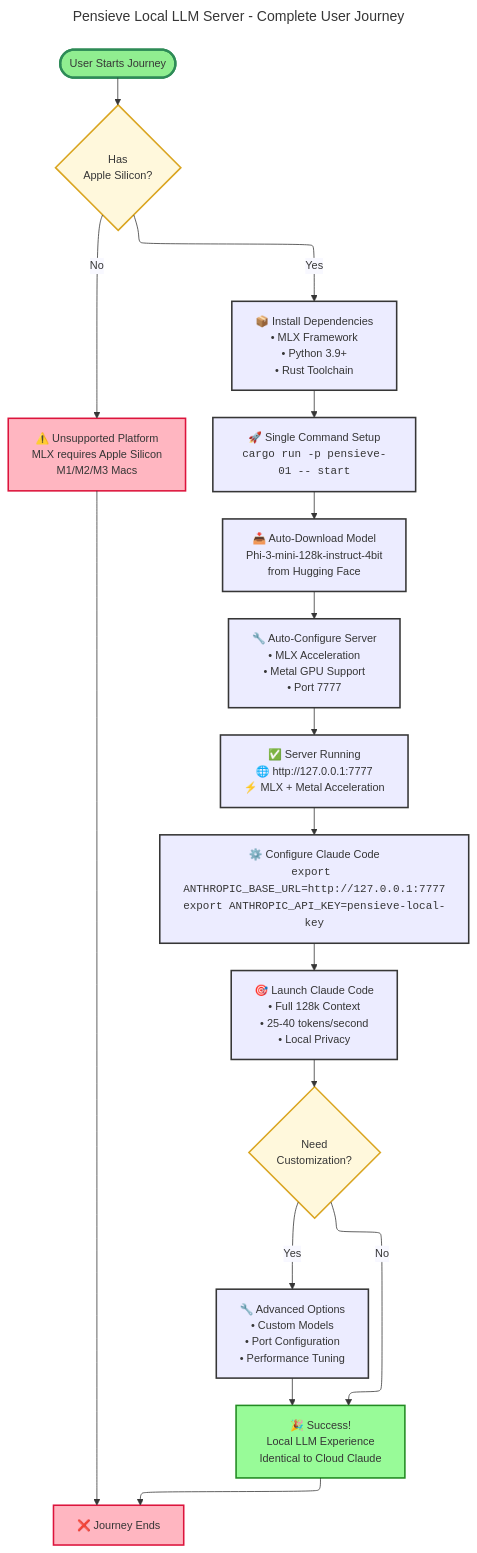
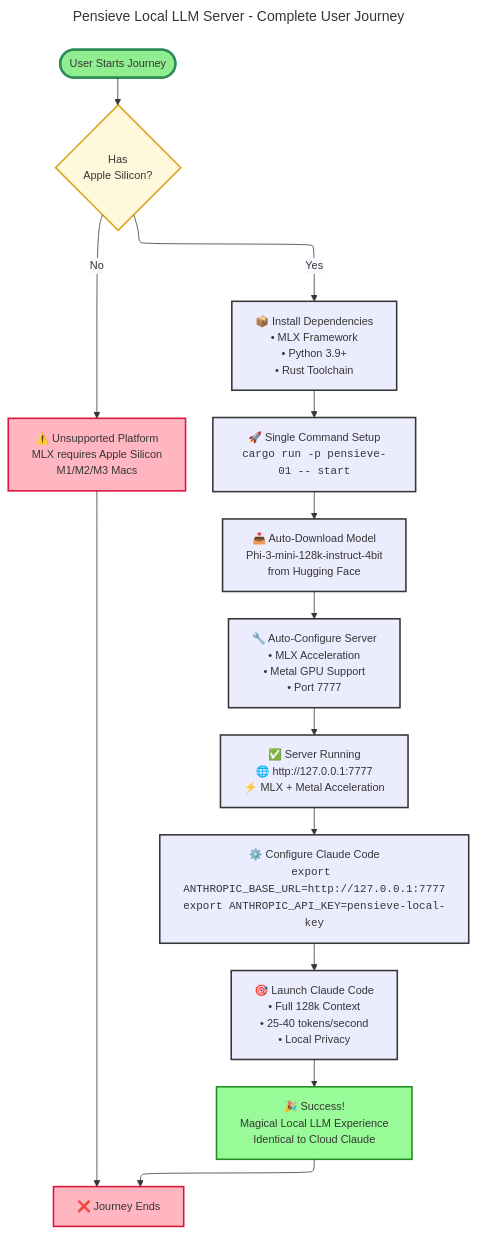
Before and after one commit to that-in-rust/pensieve-local-llm-server: the diagram in .prdArch/P01pensievePRDv1.md, drawn with Mermaid. The commit also changed other lines of this file, not shown here.

First paragraph of the commit message:
🎯 Simplify for MVP: Remove Advanced Configuration Options
✅ **MVP-Focused User Journey: One Magical Path to Success**

````diff
--- a/.prdArch/P01pensievePRDv1.md
+++ b/.prdArch/P01pensievePRDv1.md
@@ -5,65 +5,59 @@
 ```mermaid
 ---
 title: Pensieve Local LLM Server - Complete User Journey
 accTitle: Pensieve User Journey Flowchart
 accDescr: "A comprehensive flowchart showing the complete user journey from installation to Claude Code integration with the Pensieve Local LLM Server, including automatic model download, server startup, and configuration steps."
 config:
   flowchart:
     defaultRenderer: "elk"
   theme: "base"
   themeVariables:
     primaryColor: "#ECECFF"
     primaryTextColor: "#363636"
     primaryBorderColor: "#363636"
     lineColor: "#363636"
     secondaryColor: "#f8f8ff"
     tertiaryColor: "#f0f7ff"
     fontFamily: "system-ui, -apple-system, sans-serif"
     fontSize: "14px"
     nodeSpacing: 75
     rankSpacing: 75
     wrappingWidth: 150
 ---
 flowchart TD
     Start([User Starts Journey]) --> Decision1{Has<br/>Apple Silicon?}
 
     Decision1 -- No --> Error1[⚠️ Unsupported Platform<br/>MLX requires Apple Silicon<br/>M1/M2/M3 Macs]
     Error1 --> End[❌ Journey Ends]
 
     Decision1 -- Yes --> Step1[📦 Install Dependencies<br/>• MLX Framework<br/>• Python 3.9+<br/>• Rust Toolchain]
 
     Step1 --> Step2[🚀 Single Command Setup<br/><code>cargo run -p pensieve-01 -- start</code>]
 
     Step2 --> AutoModel[📥 Auto-Download Model<br/>Phi-3-mini-128k-instruct-4bit<br/>from Hugging Face]
 
     AutoModel --> AutoServer[🔧 Auto-Configure Server<br/>• MLX Acceleration<br/>• Metal GPU Support<br/>• Port 7777]
 
     AutoServer --> Step3[✅ Server Running<br/>🌐 http://127.0.0.1:7777<br/>⚡ MLX + Metal Acceleration]
 
     Step3 --> Step4[⚙️ Configure Claude Code<br/><code>export ANTHROPIC_BASE_URL=http://127.0.0.1:7777</code><br/><code>export ANTHROPIC_API_KEY=pensieve-local-key</code>]
 
     Step4 --> Step5[🎯 Launch Claude Code<br/>• Full 128k Context<br/>• 25-40 tokens/second<br/>• Local Privacy]
 
-    Step5 --> Decision2{Need<br/>Customization?}
-
-    Decision2 -- No --> Success[🎉 Success!<br/>Local LLM Experience<br/>Identical to Cloud Claude]
-
-    Decision2 -- Yes --> Advanced[🔧 Advanced Options<br/>• Custom Models<br/>• Port Configuration<br/>• Performance Tuning]
-
-    Advanced --> Success
+    Step5 --> Success[🎉 Success!<br/>Magical Local LLM Experience<br/>Identical to Cloud Claude]
 
     Success --> End
 
     %% Styling for different node types
     classDef startNode fill:#90EE90,stroke:#2E8B57,stroke-width:3px
     classDef processNode fill:#ECECFF,stroke:#363636,stroke-width:2px
     classDef decisionNode fill:#FFF8DC,stroke:#DAA520,stroke-width:2px
     classDef successNode fill:#98FB98,stroke:#228B22,stroke-width:2px
     classDef errorNode fill:#FFB6C1,stroke:#DC143C,stroke-width:2px
 
     class Start startNode
-    class Step1,Step2,Step3,Step4,Step5,Advanced,AutoModel,AutoServer processNode
-    class Decision1,Decision2 decisionNode
+    class Step1,Step2,Step3,Step4,Step5,AutoModel,AutoServer processNode
+    class Decision1 decisionNode
     class Success successNode
     class Error1,End errorNode
 ```
````
